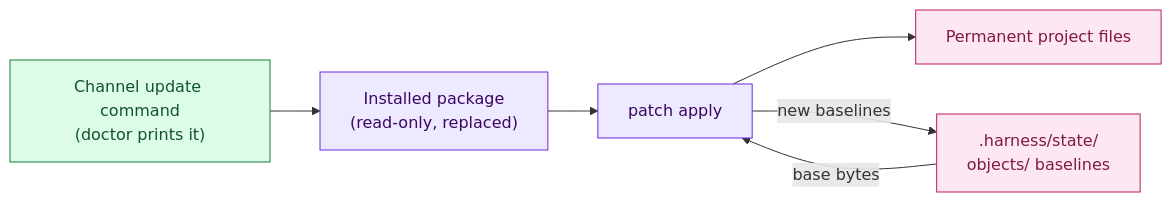
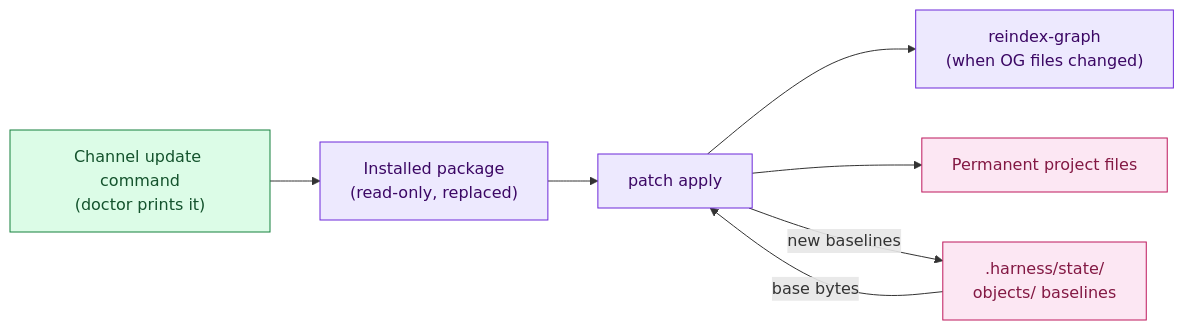
One commit to DataArt/artisyn-implementation-harness changed the diagram in docs/Harness/09 Distribution/02 Update.md. Above: the diagram before and after it, drawn with Mermaid. The commit also changed other lines of this file and 372 other files, not shown here.

First line of the commit message:
feat(harness): okf-compatible knowledge base with og scope guard, schema v1, migrate and check (4.2.0) (#23)

````diff
--- a/docs/Harness/09 Distribution/02 Update.md
+++ b/docs/Harness/09 Distribution/02 Update.md
@@ -23,20 +29,22 @@
 ```mermaid
 flowchart LR
     CH["Channel update command\n(doctor prints it)"]
     PKG["Installed package\n(read-only, replaced)"]
     PA["patch apply"]
+    RG["reindex-graph\n(when OG files changed)"]
     ST[".harness/state/\nobjects/ baselines"]
     PF["Permanent project files"]
 
     CH --> PKG --> PA
+    PA --> RG
     ST -->|"base bytes"| PA
     PA --> PF
     PA -->|"new baselines"| ST
 
     classDef channel fill:#dcfce7,stroke:#15803d,color:#14532d
     classDef consumer fill:#ede9fe,stroke:#6d28d9,color:#3b0764
     classDef state fill:#fce7f3,stroke:#be185d,color:#831843
     class CH channel
-    class PKG,PA consumer
+    class PKG,PA,RG consumer
     class ST,PF state
 ```
````
